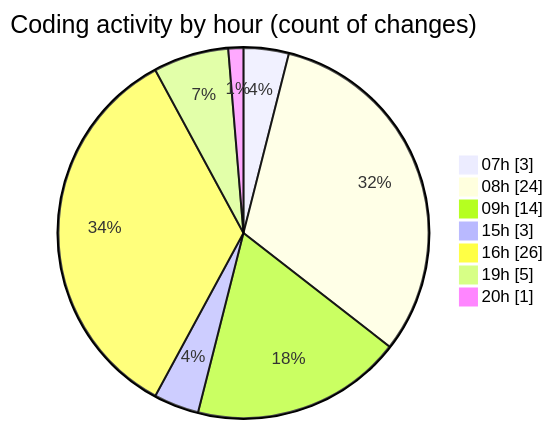
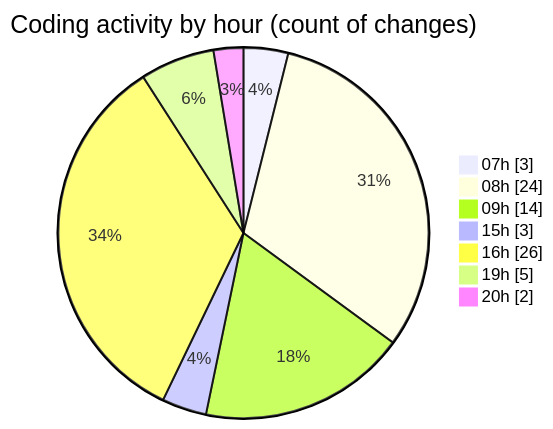
One commit to MatusMokan/code-tracking changed the second of 2 diagrams in 2025-05-07/myws__workspace_/README.md. Above: the diagram before and after it, drawn with Mermaid. The commit also changed other lines of this file and 1 other file, not shown here.

````diff
--- a/2025-05-07/myws__workspace_/README.md
+++ b/2025-05-07/myws__workspace_/README.md
@@ -30,11 +30,11 @@
 ```mermaid
 pie showData
 title Coding activity by hour (count of changes)
 "07h" : 3
 "08h" : 24
 "09h" : 14
 "15h" : 3
 "16h" : 26
 "19h" : 5
-"20h" : 1
+"20h" : 2
 ```
````
